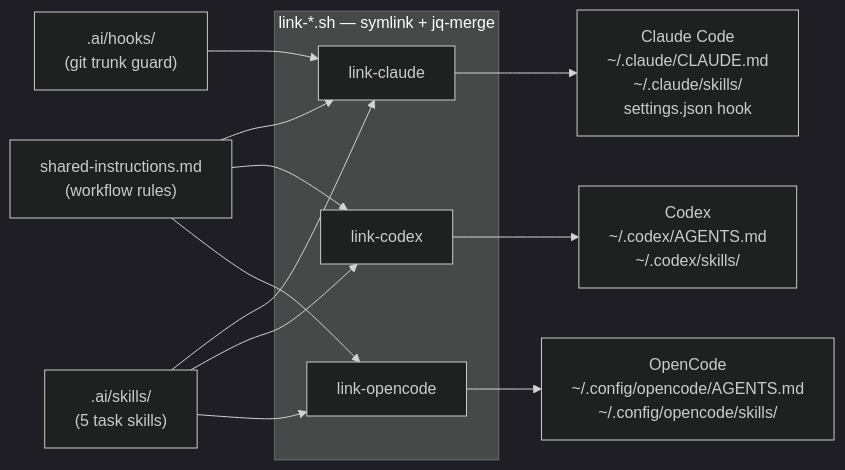
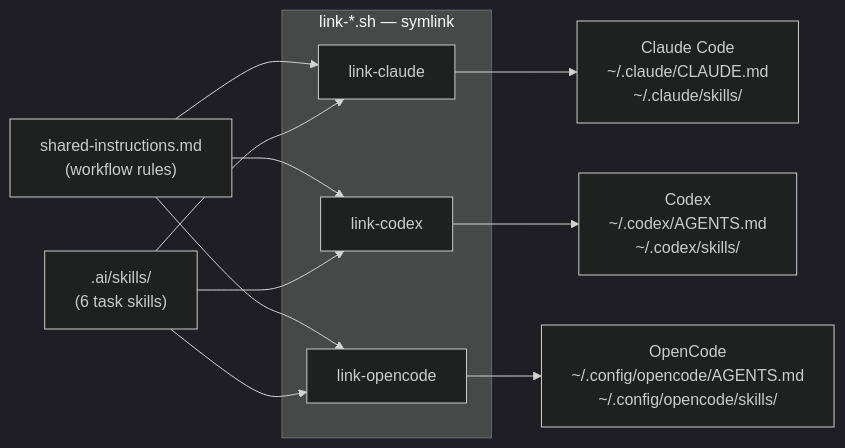
Before and after one commit to almeidabbm/dot-files: the first of 2 diagrams in README.md, drawn with Mermaid (dark theme). The commit also changed other lines of this file and 5 other files, not shown here.

First line of the commit message:
chore: drop the trunk guard from the workflow layer

````diff
--- a/README.md
+++ b/README.md
@@ -40,20 +40,18 @@
 ```mermaid
 flowchart LR
     rules["shared-instructions.md<br/>(workflow rules)"]
-    skills[".ai/skills/<br/>(5 task skills)"]
-    hooks[".ai/hooks/<br/>(git trunk guard)"]
+    skills[".ai/skills/<br/>(6 task skills)"]
 
-    subgraph links["link-*.sh — symlink + jq-merge"]
+    subgraph links["link-*.sh — symlink"]
         lc["link-claude"]
         lx["link-codex"]
         lo["link-opencode"]
     end
 
     rules --> lc & lx & lo
     skills --> lc & lx & lo
-    hooks --> lc
 
-    lc --> claude["Claude Code<br/>~/.claude/CLAUDE.md<br/>~/.claude/skills/<br/>settings.json hook"]
+    lc --> claude["Claude Code<br/>~/.claude/CLAUDE.md<br/>~/.claude/skills/"]
     lx --> codex["Codex<br/>~/.codex/AGENTS.md<br/>~/.codex/skills/"]
     lo --> opencode["OpenCode<br/>~/.config/opencode/AGENTS.md<br/>~/.config/opencode/skills/"]
 ```
````
